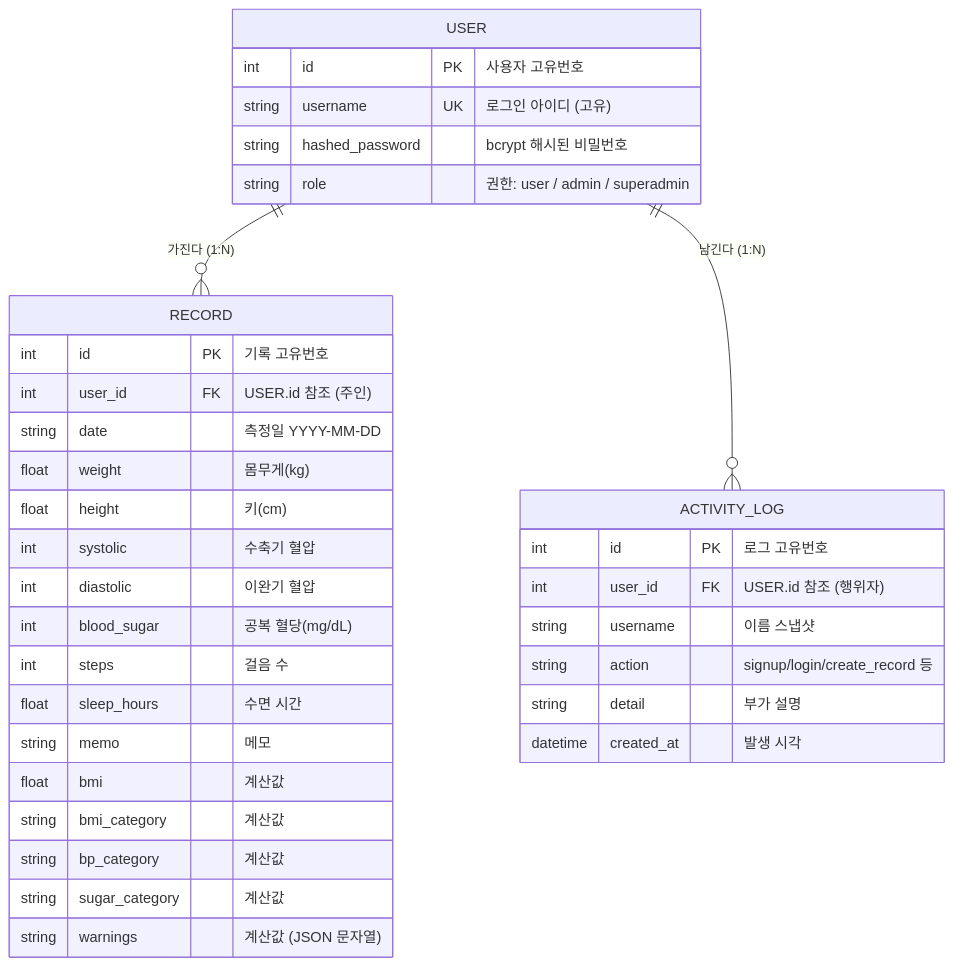
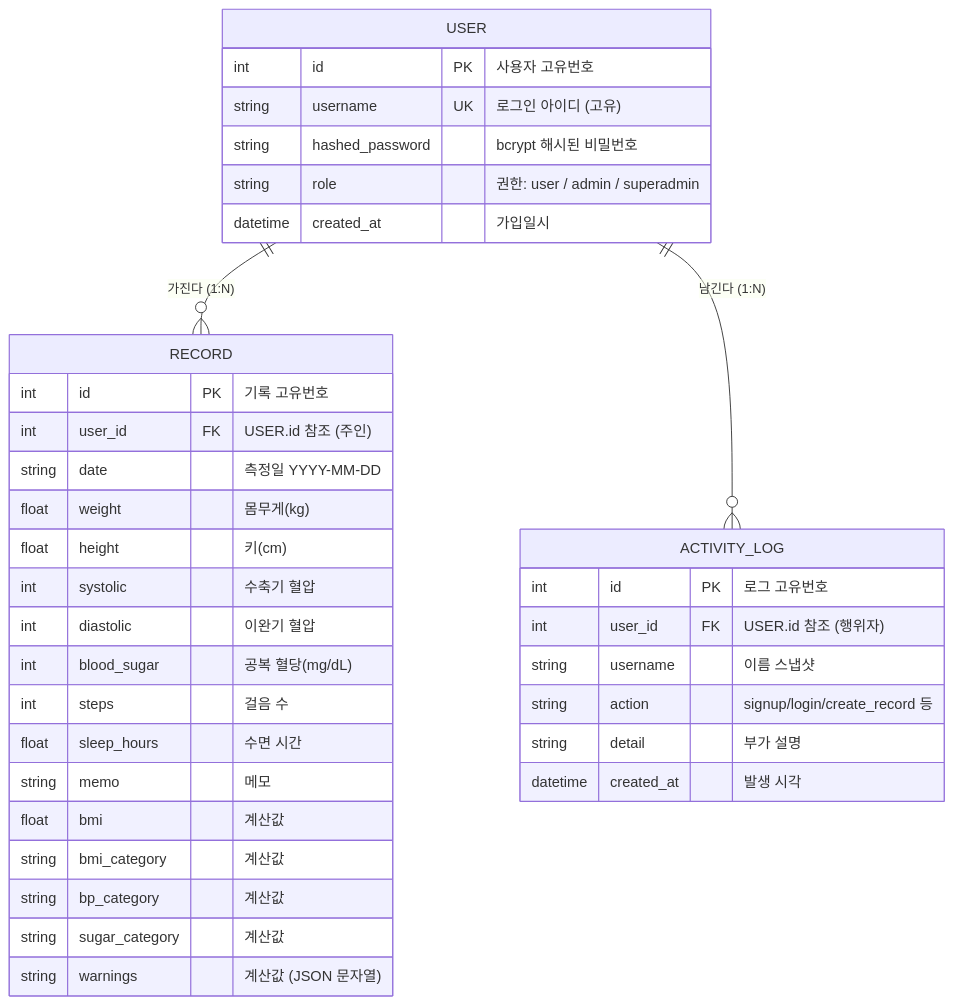
One commit to jeonkooseong-hue/health-log-api changed the diagram in docs/ERD.md. Above: the diagram before and after it, drawn with Mermaid. The commit also changed other lines of this file and 4 other files, not shown here.

````diff
--- a/docs/ERD.md
+++ b/docs/ERD.md
@@ -5,40 +5,41 @@
 ```mermaid
 erDiagram
     USER ||--o{ RECORD : "가진다 (1:N)"
     USER ||--o{ ACTIVITY_LOG : "남긴다 (1:N)"
 
     USER {
         int id PK "사용자 고유번호"
         string username UK "로그인 아이디 (고유)"
         string hashed_password "bcrypt 해시된 비밀번호"
         string role "권한: user / admin / superadmin"
+        datetime created_at "가입일시"
     }
 
     RECORD {
         int id PK "기록 고유번호"
         int user_id FK "USER.id 참조 (주인)"
         string date "측정일 YYYY-MM-DD"
         float weight "몸무게(kg)"
         float height "키(cm)"
         int systolic "수축기 혈압"
         int diastolic "이완기 혈압"
         int blood_sugar "공복 혈당(mg/dL)"
         int steps "걸음 수"
         float sleep_hours "수면 시간"
         string memo "메모"
         float bmi "계산값"
         string bmi_category "계산값"
         string bp_category "계산값"
         string sugar_category "계산값"
         string warnings "계산값 (JSON 문자열)"
     }
 
     ACTIVITY_LOG {
         int id PK "로그 고유번호"
         int user_id FK "USER.id 참조 (행위자)"
         string username "이름 스냅샷"
         string action "signup/login/create_record 등"
         string detail "부가 설명"
         datetime created_at "발생 시각"
     }
 ```
````
